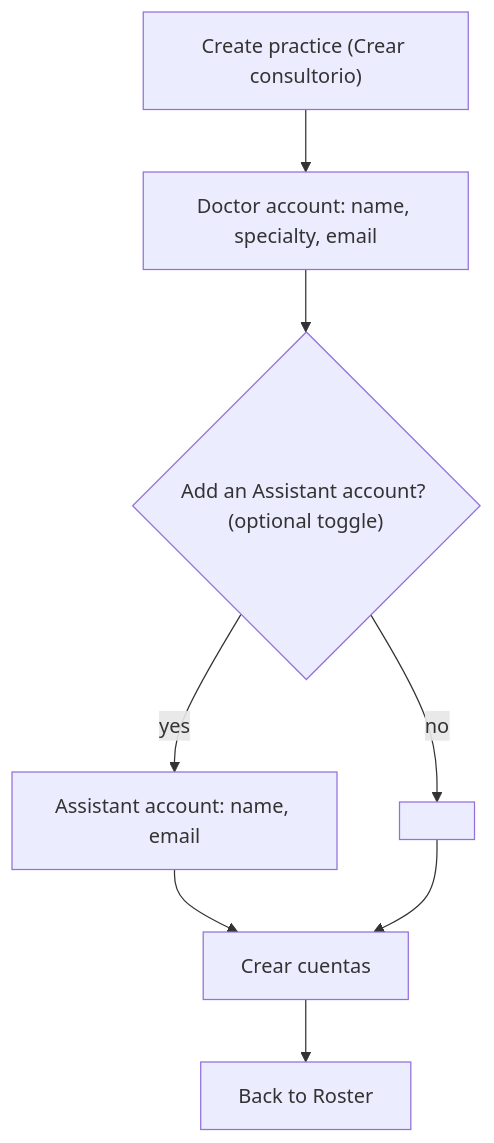
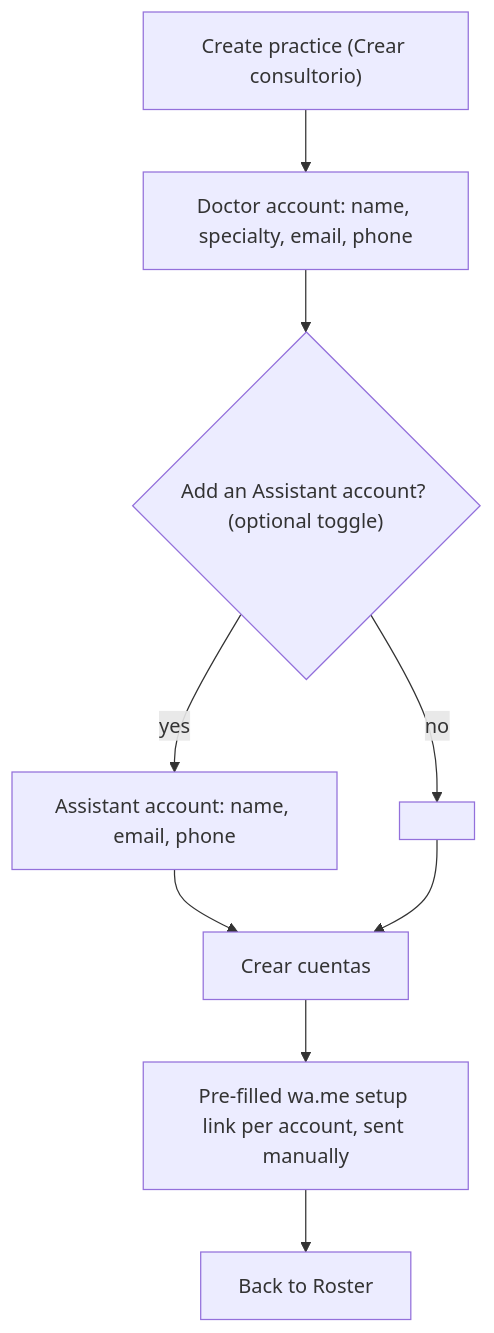
One commit to DaleneyRuben/alivia changed the second of 5 diagrams in docs/flows/admin.md. Above: the diagram before and after it, drawn with Mermaid. The commit also changed other lines of this file and 6 other files, not shown here.

````diff
--- a/docs/flows/admin.md
+++ b/docs/flows/admin.md
@@ -27,10 +27,11 @@
 ```mermaid
 flowchart TD
-    C["Create practice (Crear consultorio)"] --> Doc["Doctor account: name, specialty, email"]
+    C["Create practice (Crear consultorio)"] --> Doc["Doctor account: name, specialty, email, phone"]
     Doc --> SecQ{"Add an Assistant account? (optional toggle)"}
-    SecQ -->|"yes"| SF["Assistant account: name, email"]
+    SecQ -->|"yes"| SF["Assistant account: name, email, phone"]
     SecQ -->|"no"| Skip[" "]
     SF --> Save["Crear cuentas"]
     Skip --> Save
-    Save --> R["Back to Roster"]
+    Save --> Wa["Pre-filled wa.me setup link per account, sent manually"]
+    Wa --> R["Back to Roster"]
 ```
````
